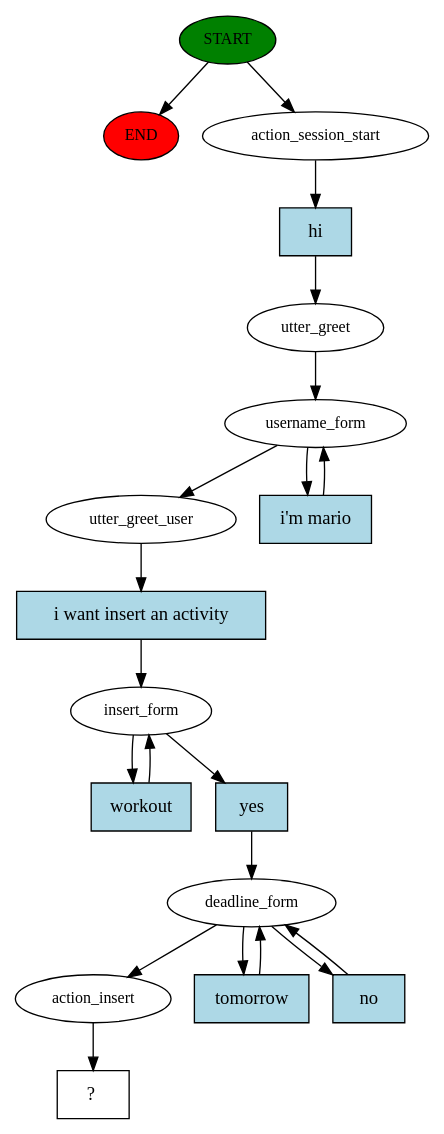
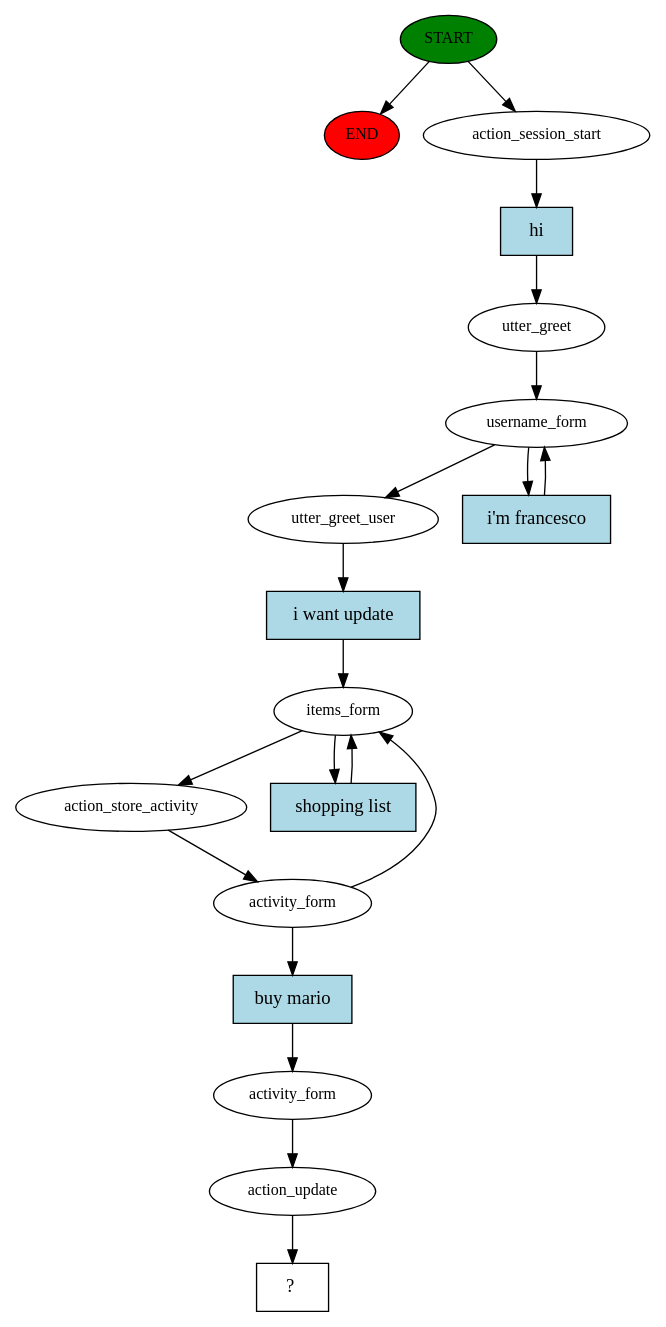
The diagram in src/rasa_ros/chatbot/story_graph.dot (S0nFra/cogrob-todolist), drawn with Graphviz before and after one commit. The commit also changed 10 other files, not shown here.

Commit message:
Fixed  "intent:update" with new chatbot architecture

```diff
--- a/src/rasa_ros/chatbot/story_graph.dot
+++ b/src/rasa_ros/chatbot/story_graph.dot
@@ -1,39 +1,38 @@
 digraph  {
 0 [class="start active", fillcolor=green, fontsize=12, label=START, style=filled];
 "-1" [class=end, fillcolor=red, fontsize=12, label=END, style=filled];
 1 [class=active, fontsize=12, label=action_session_start];
 2 [class=active, fontsize=12, label=utter_greet];
 3 [class=active, fontsize=12, label=username_form];
 5 [class=active, fontsize=12, label=utter_greet_user];
-6 [class=active, fontsize=12, label=insert_form];
-9 [class=active, fontsize=12, label=deadline_form];
-12 [class=active, fontsize=12, label=action_insert];
-13 [class="intent dashed active", label="  ?  ", shape=rect];
-14 [class="intent active", fillcolor=lightblue, label=hi, shape=rect, style=filled];
-15 [class="intent active", fillcolor=lightblue, label="i'm mario", shape=rect, style=filled];
-16 [class="intent active", fillcolor=lightblue, label="i want insert an activity", shape=rect, style=filled];
-17 [class="intent active", fillcolor=lightblue, label=workout, shape=rect, style=filled];
-18 [class="intent active", fillcolor=lightblue, label=yes, shape=rect, style=filled];
-19 [class="intent active", fillcolor=lightblue, label=tomorrow, shape=rect, style=filled];
-20 [class="intent active", fillcolor=lightblue, label=no, shape=rect, style=filled];
+6 [class=active, fontsize=12, label=items_form];
+9 [class=active, fontsize=12, label=action_store_activity];
+10 [class=active, fontsize=12, label=activity_form];
+16 [class=active, fontsize=12, label=activity_form];
+17 [class=active, fontsize=12, label=action_update];
+18 [class="intent dashed active", label="  ?  ", shape=rect];
+19 [class="intent active", fillcolor=lightblue, label=hi, shape=rect, style=filled];
+20 [class="intent active", fillcolor=lightblue, label="i'm francesco", shape=rect, style=filled];
+21 [class="intent active", fillcolor=lightblue, label="i want update", shape=rect, style=filled];
+22 [class="intent active", fillcolor=lightblue, label="shopping list", shape=rect, style=filled];
+23 [class="intent active", fillcolor=lightblue, label="buy mario", shape=rect, style=filled];
 0 -> "-1"  [class="", key=NONE, label=""];
 0 -> 1  [class=active, key=NONE, label=""];
-1 -> 14  [class=active, key=0];
+1 -> 19  [class=active, key=0];
 2 -> 3  [class=active, key=NONE, label=""];
 3 -> 5  [class=active, key=NONE, label=""];
-3 -> 15  [class=active, key=0];
-5 -> 16  [class=active, key=0];
-6 -> 17  [class=active, key=0];
-6 -> 18  [class=active, key=0];
-9 -> 12  [class=active, key=NONE, label=""];
-9 -> 19  [class=active, key=0];
-9 -> 20  [class=active, key=0];
-12 -> 13  [class=active, key=NONE, label=""];
-14 -> 2  [class=active, key=0];
-15 -> 3  [class=active, key=0];
-16 -> 6  [class=active, key=0];
-17 -> 6  [class=active, key=0];
-18 -> 9  [class=active, key=0];
-19 -> 9  [class=active, key=0];
-20 -> 9  [class=active, key=0];
+3 -> 20  [class=active, key=0];
+5 -> 21  [class=active, key=0];
+6 -> 9  [class=active, key=NONE, label=""];
+6 -> 22  [class=active, key=0];
+9 -> 10  [class=active, key=NONE, label=""];
+10 -> 6  [class=active, key=NONE, label=""];
+10 -> 23  [class=active, key=0];
+16 -> 17  [class=active, key=NONE, label=""];
+17 -> 18  [class=active, key=NONE, label=""];
+19 -> 2  [class=active, key=0];
+20 -> 3  [class=active, key=0];
+21 -> 6  [class=active, key=0];
+22 -> 6  [class=active, key=0];
+23 -> 16  [class=active, key=0];
 }
```
